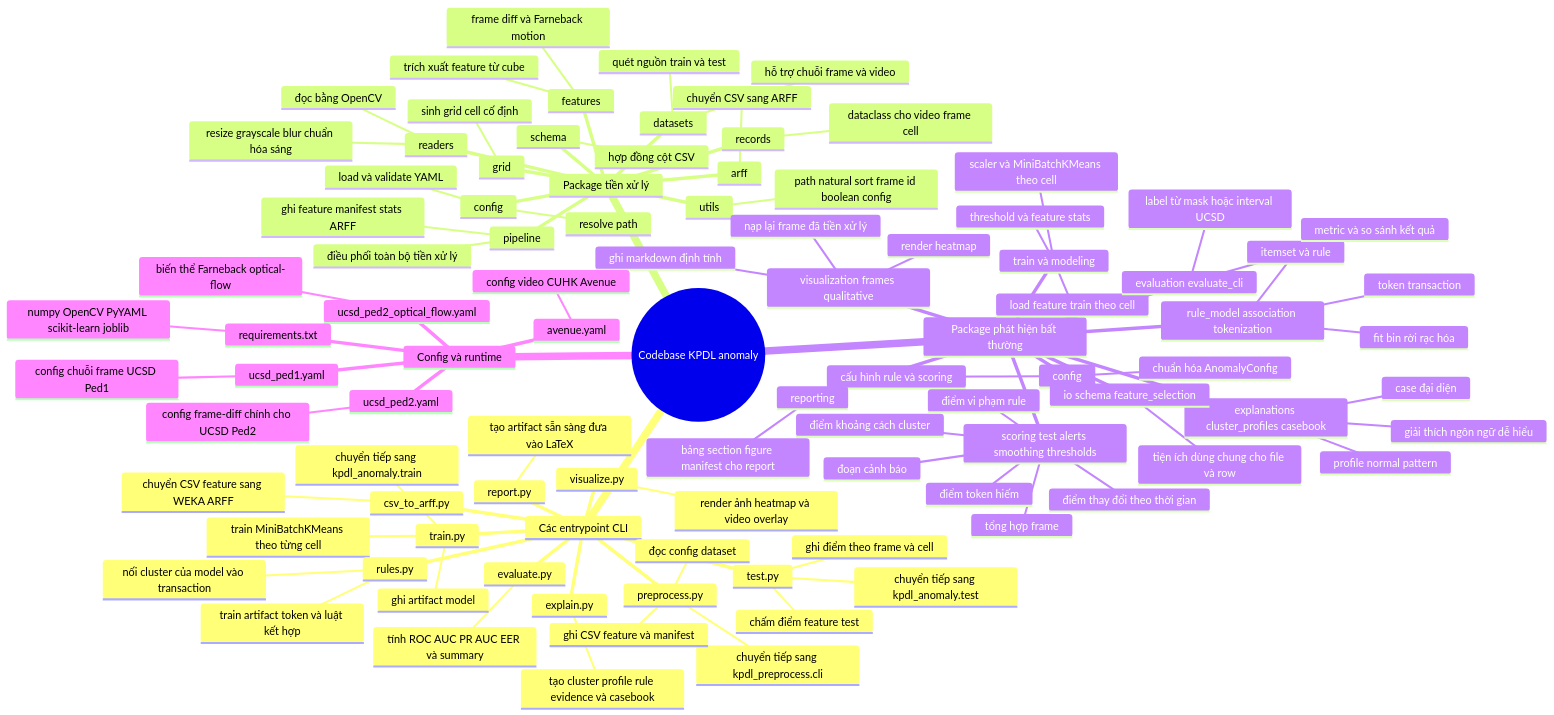
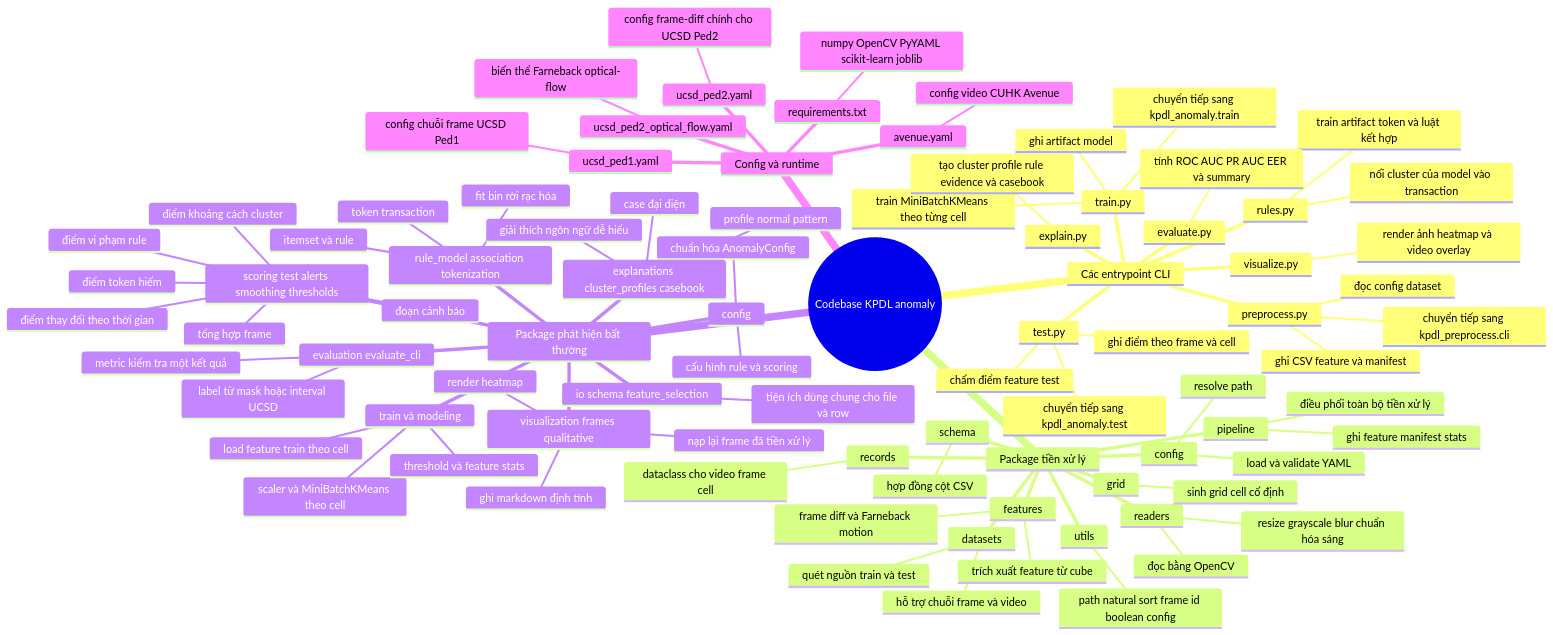
Before and after one commit to phillnolan/BTL-KPDL: the first of 8 diagrams in src/doc/code_mindmap.md, drawn with Mermaid. The commit also changed other lines of this file and 56 other files, not shown here.

```diff
--- a/src/doc/code_mindmap.md
+++ b/src/doc/code_mindmap.md
@@ -29,10 +29,6 @@
         tính ROC AUC PR AUC EER và summary
       explain.py
         tạo cluster profile rule evidence và casebook
-      report.py
-        tạo artifact sẵn sàng đưa vào LaTeX
-      csv_to_arff.py
-        chuyển CSV feature sang WEKA ARFF
     Package tiền xử lý
       config
         load và validate YAML
@@ -52,11 +48,9 @@
         frame diff và Farneback motion
       pipeline
         điều phối toàn bộ tiền xử lý
-        ghi feature manifest stats ARFF
+        ghi feature manifest stats
       schema
         hợp đồng cột CSV
-      arff
-        chuyển CSV sang ARFF
       utils
         path natural sort frame id boolean config
     Package phát hiện bất thường
@@ -84,13 +78,11 @@
         ghi markdown định tính
       evaluation evaluate_cli
         label từ mask hoặc interval UCSD
-        metric và so sánh kết quả
+        metric kiểm tra một kết quả
       explanations cluster_profiles casebook
         giải thích ngôn ngữ dễ hiểu
         profile normal pattern
         case đại diện
-      reporting
-        bảng section figure manifest cho report
       io schema feature_selection
         tiện ích dùng chung cho file và row
     Config và runtime
```
